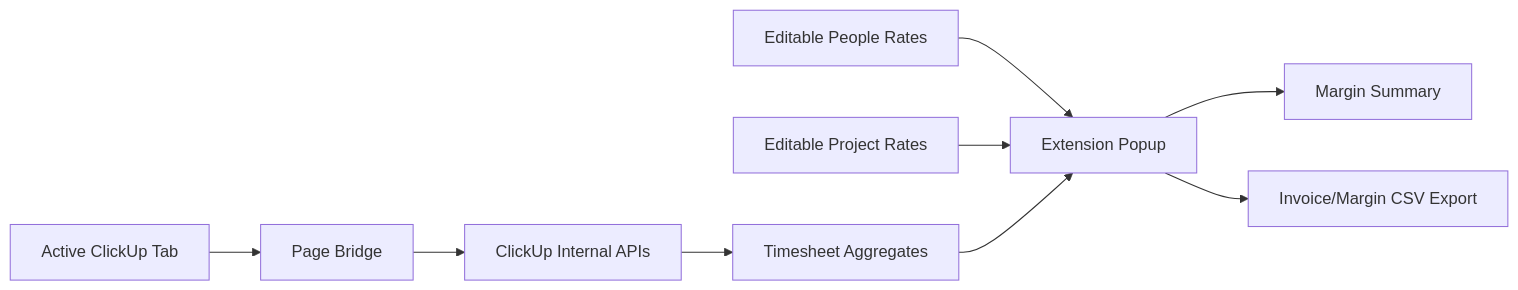
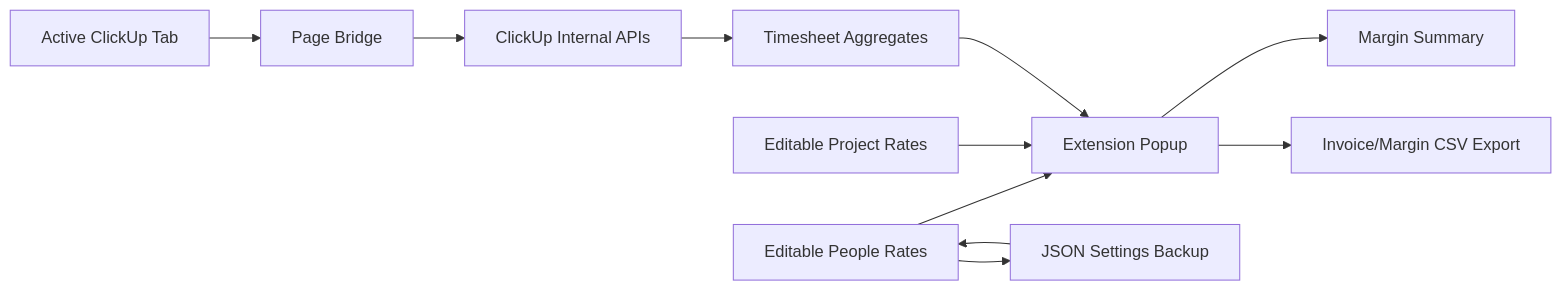
One commit to hengliu0919/clickup-margin-report-extension changed the diagram in docs/architecture.md. Above: the diagram before and after it, drawn with Mermaid. The commit also changed other lines of this file and 4 other files, not shown here.

Commit message:
Keep settings local with backup import export

````diff
--- a/docs/architecture.md
+++ b/docs/architecture.md
@@ -18,11 +18,13 @@
 ```mermaid
 flowchart LR
   A["Active ClickUp Tab"] --> B["Page Bridge"]
   B --> C["ClickUp Internal APIs"]
   C --> D["Timesheet Aggregates"]
   E["Editable People Rates"] --> F["Extension Popup"]
   G["Editable Project Rates"] --> F
+  J["JSON Settings Backup"] --> E
+  E --> J
   D --> F
   F --> H["Margin Summary"]
   F --> I["Invoice/Margin CSV Export"]
 ```
````
